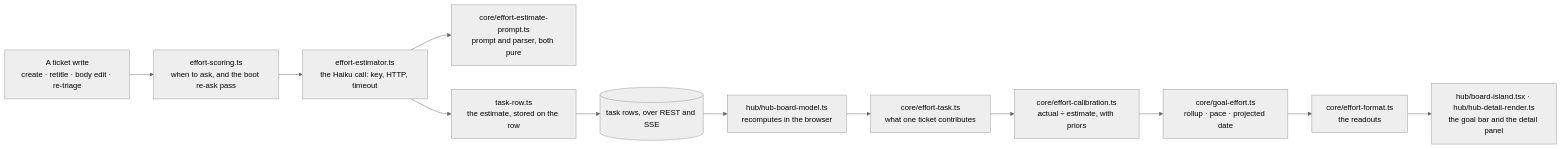
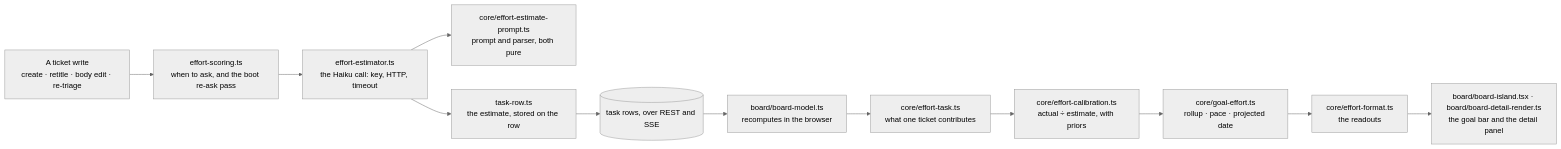
One commit to fryanpan/claude-live-feedback-plugin changed the first of 2 diagrams in docs/architecture/goal-projection.md. Above: the diagram before and after it, drawn with Mermaid (neutral theme). The commit also changed 15 other files, not shown here.

````diff
--- a/docs/architecture/goal-projection.md
+++ b/docs/architecture/goal-projection.md
@@ -20,14 +20,14 @@
 ```mermaid
 flowchart LR
   T["A ticket write<br/>create · retitle · body edit · re-triage"] --> SC["effort-scoring.ts<br/>when to ask, and the boot re-ask pass"]
   SC --> ES["effort-estimator.ts<br/>the Haiku call: key, HTTP, timeout"]
   ES --> EP["core/effort-estimate-prompt.ts<br/>prompt and parser, both pure"]
   ES --> TR["task-row.ts<br/>the estimate, stored on the row"]
   TR --> WIRE[("task rows, over REST and SSE")]
-  WIRE --> BM["hub/hub-board-model.ts<br/>recomputes in the browser"]
+  WIRE --> BM["board/board-model.ts<br/>recomputes in the browser"]
   BM --> ET["core/effort-task.ts<br/>what one ticket contributes"]
   ET --> EC["core/effort-calibration.ts<br/>actual ÷ estimate, with priors"]
   EC --> GE["core/goal-effort.ts<br/>rollup · pace · projected date"]
   GE --> EF["core/effort-format.ts<br/>the readouts"]
-  EF --> UI["hub/board-island.tsx · hub/hub-detail-render.ts<br/>the goal bar and the detail panel"]
+  EF --> UI["board/board-island.tsx · board/board-detail-render.ts<br/>the goal bar and the detail panel"]
 ```
````
